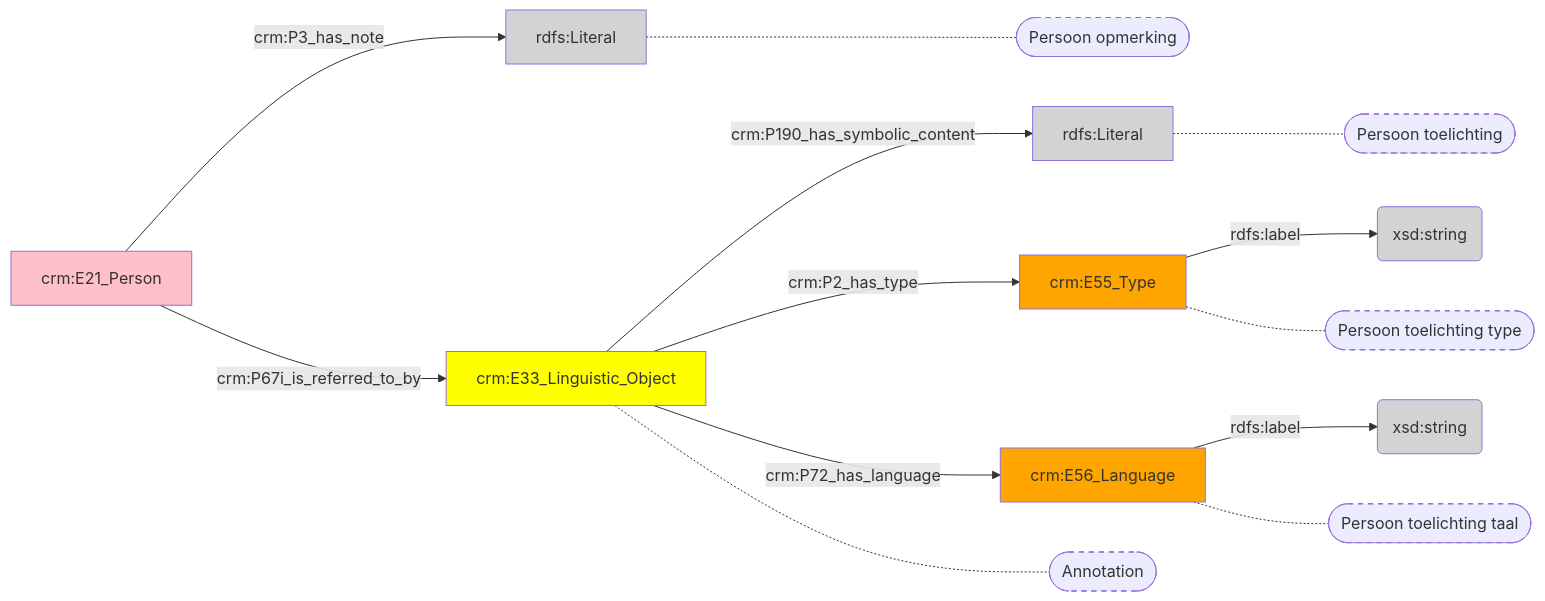
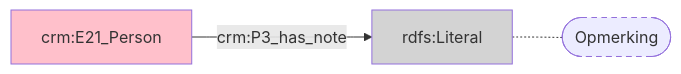
Before and after one commit to digipolisantwerpdocumentation/antwerp-cultureel-erfgoed: the diagram in docs/content/modellen/Person/Aantekeningen.md, drawn with Mermaid. The commit also changed 170 other files, not shown here.

````diff
--- a/docs/content/modellen/Person/Aantekeningen.md
+++ b/docs/content/modellen/Person/Aantekeningen.md
@@ -1,28 +1,8 @@
 ```mermaid
 graph LR
+style 0d9d4cb4-e37c-11ed-9064-00163e71351b fill:#ffc0cb
+style c5f20b3e-e439-11ed-a1e6-00163e71351b fill:#D3D3D3
 0d9d4cb4-e37c-11ed-9064-00163e71351b["crm:E21_Person"]-->|"crm:P3_has_note"|c5f20b3e-e439-11ed-a1e6-00163e71351b(rdfs:Literal)
-79858ef4-ee3b-11ed-9064-00163e71351b["crm:E33_Linguistic_Object"]-->|"crm:P190_has_symbolic_content"|79859714-ee3b-11ed-9064-00163e71351b(rdfs:Literal)
-798593b8-ee3b-11ed-9064-00163e71351b["crm:E55_Type"]-->|"rdfs:label"|798599da-ee3b-11ed-9064-00163e71351b(xsd:string)
-79859584-ee3b-11ed-9064-00163e71351b["crm:E56_Language"]-->|"rdfs:label"|7985987c-ee3b-11ed-9064-00163e71351b(xsd:string)
-0d9d4cb4-e37c-11ed-9064-00163e71351b["crm:E21_Person"]-->|"crm:P67i_is_referred_to_by"|79858ef4-ee3b-11ed-9064-00163e71351b["crm:E33_Linguistic_Object"]
-79858ef4-ee3b-11ed-9064-00163e71351b["crm:E33_Linguistic_Object"]-->|"crm:P2_has_type"|798593b8-ee3b-11ed-9064-00163e71351b["crm:E55_Type"]
-79858ef4-ee3b-11ed-9064-00163e71351b["crm:E33_Linguistic_Object"]-->|"crm:P72_has_language"|79859584-ee3b-11ed-9064-00163e71351b["crm:E56_Language"]
-c5f20b3e-e439-11ed-a1e6-00163e71351b["rdfs:Literal"]-.-c5f20b3e-e439-11ed-a1e6-00163e71351b_s(["Persoon opmerking"])
-79858ef4-ee3b-11ed-9064-00163e71351b["crm:E33_Linguistic_Object"]-.-79858ef4-ee3b-11ed-9064-00163e71351b_s(["Annotation"])
-79859714-ee3b-11ed-9064-00163e71351b["rdfs:Literal"]-.-79859714-ee3b-11ed-9064-00163e71351b_s(["Persoon toelichting"])
-798593b8-ee3b-11ed-9064-00163e71351b["crm:E55_Type"]-.-798593b8-ee3b-11ed-9064-00163e71351b_s(["Persoon toelichting type"])
-79859584-ee3b-11ed-9064-00163e71351b["crm:E56_Language"]-.-79859584-ee3b-11ed-9064-00163e71351b_s(["Persoon toelichting taal"])
 style c5f20b3e-e439-11ed-a1e6-00163e71351b_s stroke-dasharray: 5
-style 79858ef4-ee3b-11ed-9064-00163e71351b_s stroke-dasharray: 5
-style 79859714-ee3b-11ed-9064-00163e71351b_s stroke-dasharray: 5
-style 798593b8-ee3b-11ed-9064-00163e71351b_s stroke-dasharray: 5
-style 79859584-ee3b-11ed-9064-00163e71351b_s stroke-dasharray: 5
-style 0d9d4cb4-e37c-11ed-9064-00163e71351b fill:#ffc0cb
-style 79858ef4-ee3b-11ed-9064-00163e71351b fill:#ffff00
-style 798593b8-ee3b-11ed-9064-00163e71351b fill:#ffa500
-style 79859584-ee3b-11ed-9064-00163e71351b fill:#ffa500
-style 79859714-ee3b-11ed-9064-00163e71351b fill:#D3D3D3
-style 7985987c-ee3b-11ed-9064-00163e71351b fill:#D3D3D3
-style 798599da-ee3b-11ed-9064-00163e71351b fill:#D3D3D3
-style c5f20b3e-e439-11ed-a1e6-00163e71351b fill:#D3D3D3
+c5f20b3e-e439-11ed-a1e6-00163e71351b["rdfs:Literal"]-.-c5f20b3e-e439-11ed-a1e6-00163e71351b_s(["Opmerking"])
 ```
````
